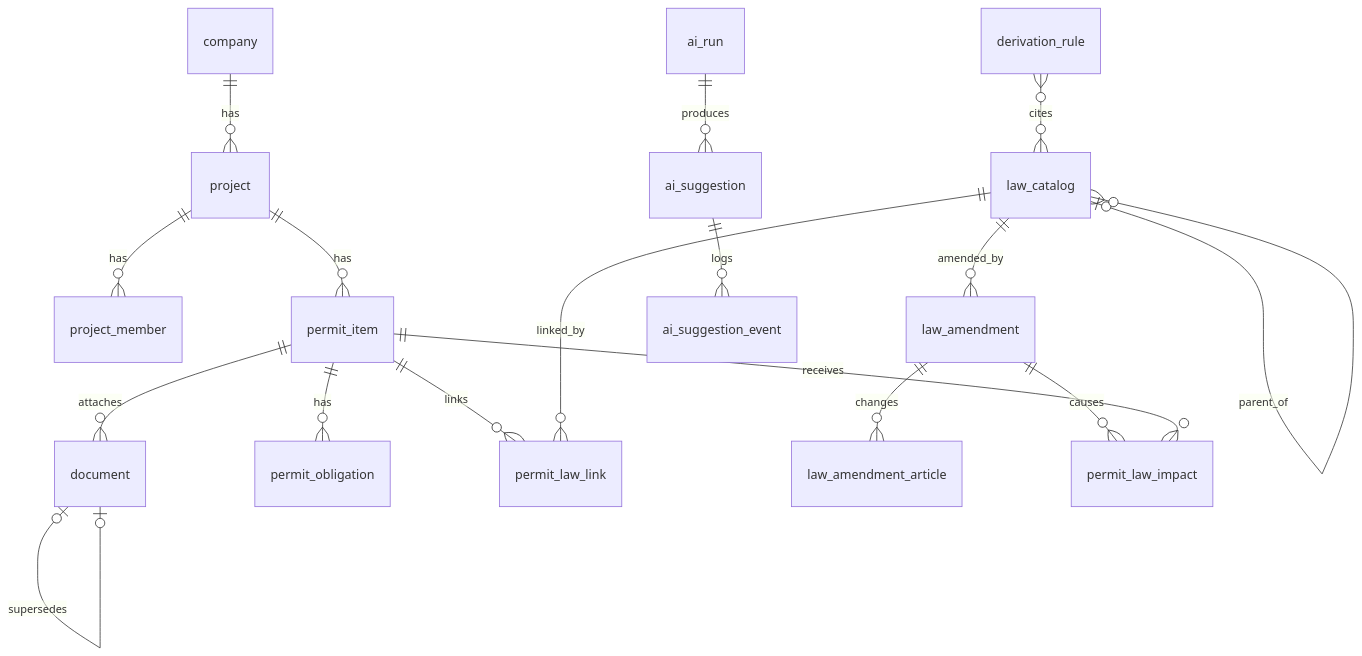
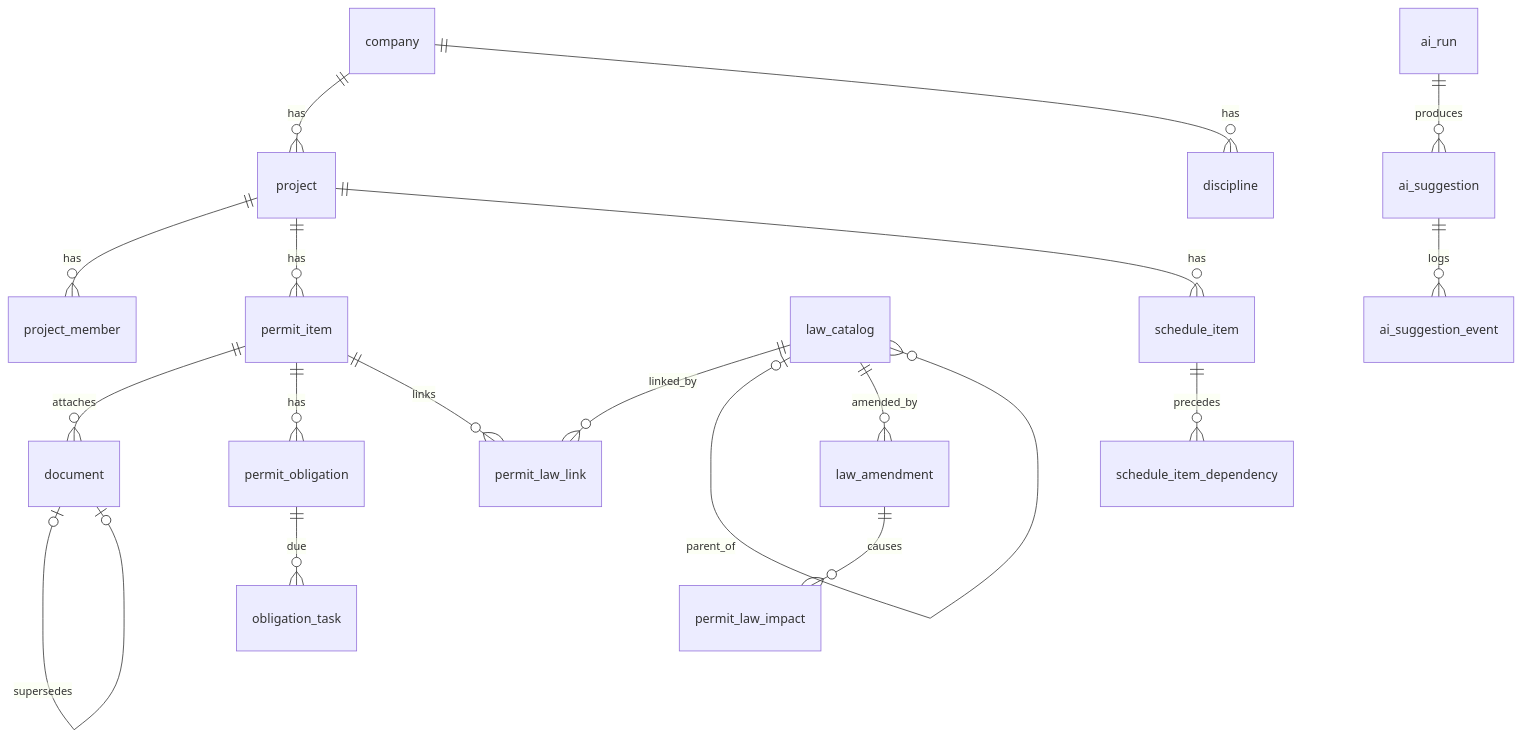
One commit to Dawit-lee/Environmental-License-System changed the fifth of 5 diagrams in docs/ARCHITECTURE.md. Above: the diagram before and after it, drawn with Mermaid. The commit also changed other lines of this file and 7 other files, not shown here.

Commit message:
docs: README·ARCHITECTURE를 설계사 중심 방향으로 갱신, PORTFOLIO 추가

````diff
--- a/docs/ARCHITECTURE.md
+++ b/docs/ARCHITECTURE.md
@@ -175,19 +166,20 @@
 ```mermaid
 erDiagram
   company ||--o{ project : has
   project ||--o{ project_member : has
   project ||--o{ permit_item : has
   permit_item ||--o{ document : attaches
   document |o--o| document : supersedes
   permit_item ||--o{ permit_obligation : has
+  permit_obligation ||--o{ obligation_task : due
   permit_item ||--o{ permit_law_link : links
   law_catalog ||--o{ permit_law_link : linked_by
   law_catalog |o--o{ law_catalog : parent_of
   law_catalog ||--o{ law_amendment : amended_by
-  law_amendment ||--o{ law_amendment_article : changes
   law_amendment ||--o{ permit_law_impact : causes
-  permit_item ||--o{ permit_law_impact : receives
   ai_run ||--o{ ai_suggestion : produces
   ai_suggestion ||--o{ ai_suggestion_event : logs
-  derivation_rule }o--o{ law_catalog : cites
+  company ||--o{ discipline : has
+  project ||--o{ schedule_item : has
+  schedule_item ||--o{ schedule_item_dependency : precedes
 ```
````
